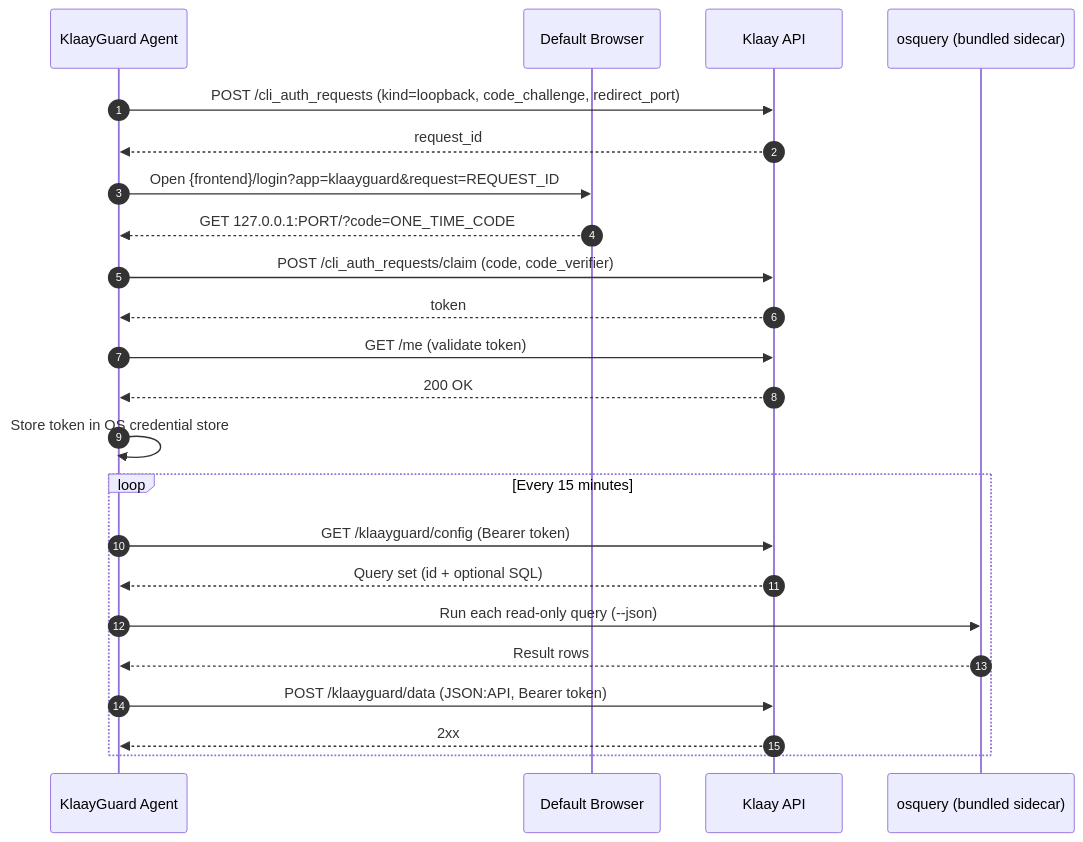
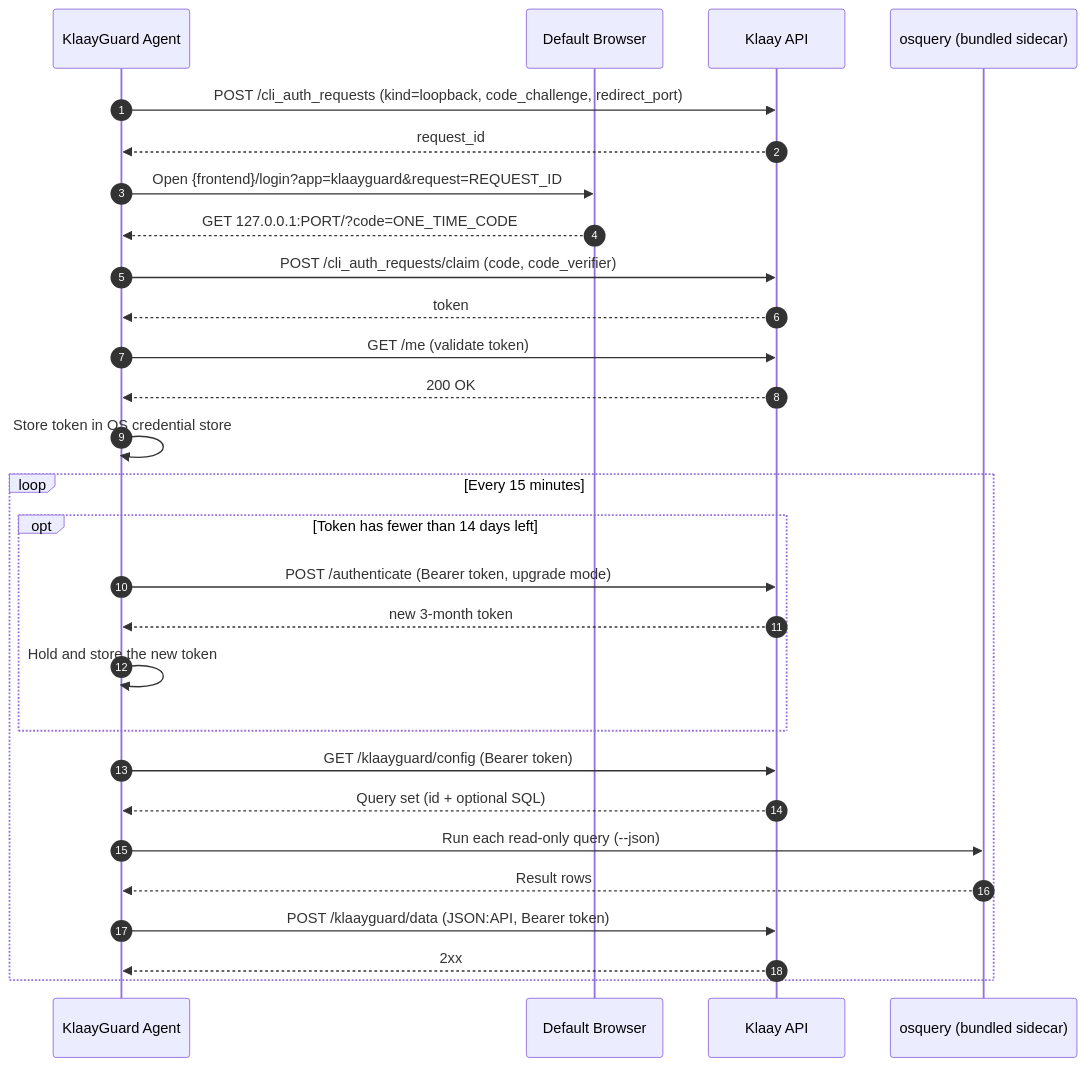
The diagram in README.md (klaayinc/klaayguard), drawn with Mermaid before and after one commit. The commit also changed other lines of this file and 1 other file, not shown here.

Commit message:
Describe token renewal in the README and the overview

````diff
--- a/README.md
+++ b/README.md
@@ -21,29 +21,34 @@
 ```mermaid
 sequenceDiagram
     autonumber
     participant Agent as KlaayGuard Agent
     participant Browser as Default Browser
     participant API as Klaay API
     participant Osquery as osquery (bundled sidecar)
 
     %% Sign-in (first launch or after 401/403)
     Agent->>API: POST /cli_auth_requests (kind=loopback, code_challenge, redirect_port)
     API-->>Agent: request_id
     Agent->>Browser: Open {frontend}/login?app=klaayguard&request=REQUEST_ID
     Browser-->>Agent: GET 127.0.0.1:PORT/?code=ONE_TIME_CODE
     Agent->>API: POST /cli_auth_requests/claim (code, code_verifier)
     API-->>Agent: token
     Agent->>API: GET /me (validate token)
     API-->>Agent: 200 OK
     Agent->>Agent: Store token in OS credential store
 
     %% Collection loop
     loop Every 15 minutes
+        opt Token has fewer than 14 days left
+            Agent->>API: POST /authenticate (Bearer token, upgrade mode)
+            API-->>Agent: new 3-month token
+            Agent->>Agent: Hold and store the new token
+        end
         Agent->>API: GET /klaayguard/config (Bearer token)
         API-->>Agent: Query set (id + optional SQL)
         Agent->>Osquery: Run each read-only query (--json)
         Osquery-->>Agent: Result rows
         Agent->>API: POST /klaayguard/data (JSON:API, Bearer token)
         API-->>Agent: 2xx
     end
 ```
````
